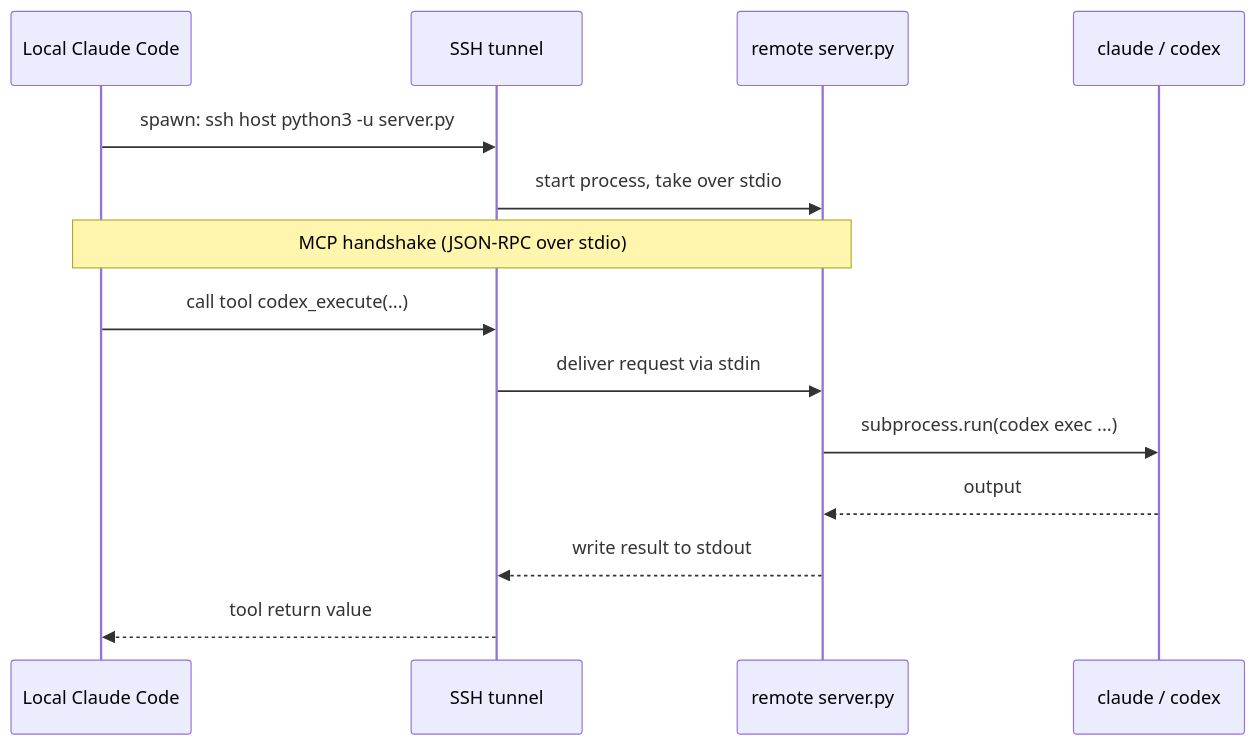
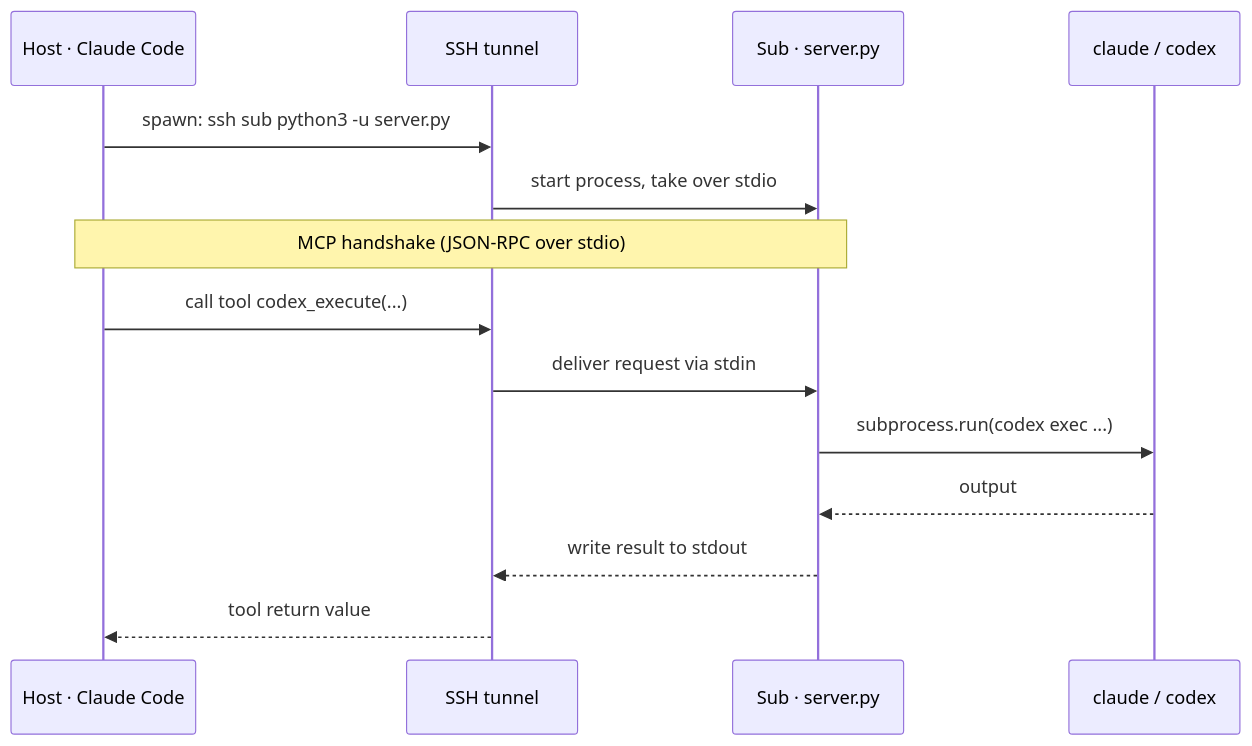
Before and after one commit to hashiruu/infinite-subagent: the third of 5 diagrams in README.en.md, drawn with Mermaid. The commit also changed other lines of this file and 1 other file, not shown here.

First line of the commit message:
docs: rewrite README — all-mermaid diagrams, host/sub tagging, restructured

````diff
--- a/README.en.md
+++ b/README.en.md
@@ -64,16 +154,16 @@
 ```mermaid
 sequenceDiagram
-  participant CC as Local Claude Code
+  participant CC as Host · Claude Code
   participant SSH as SSH tunnel
-  participant SRV as remote server.py
+  participant SRV as Sub · server.py
   participant AI as claude / codex
-  CC->>SSH: spawn: ssh host python3 -u server.py
+  CC->>SSH: spawn: ssh sub python3 -u server.py
   SSH->>SRV: start process, take over stdio
   Note over CC,SRV: MCP handshake (JSON-RPC over stdio)
   CC->>SSH: call tool codex_execute(...)
   SSH->>SRV: deliver request via stdin
   SRV->>AI: subprocess.run(codex exec ...)
   AI-->>SRV: output
   SRV-->>SSH: write result to stdout
   SSH-->>CC: tool return value
 ```
````
